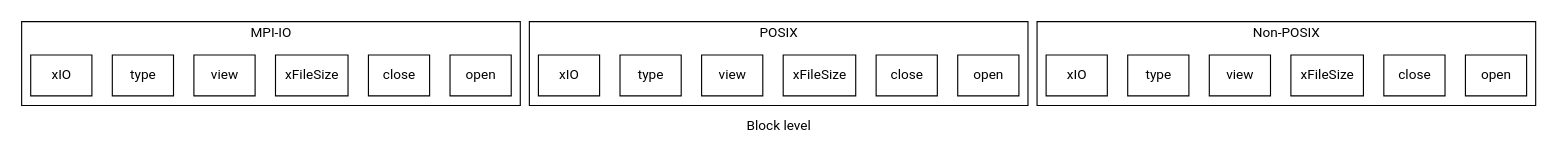
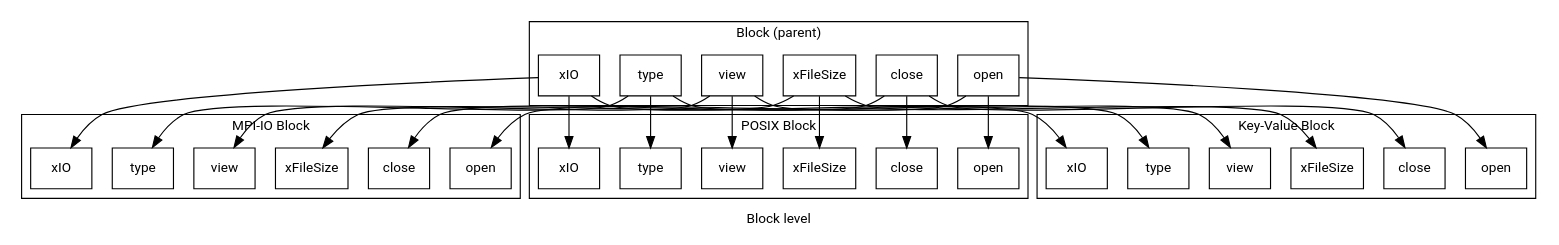
Before and after one commit to ICHEC/ExSeisDat: the diagram in doc/architecture/BlockLayer.dot, drawn with Graphviz. The commit also changed 3 other files, not shown here.

Commit message:
Progress on architecture. Install graphviz and type make to generate the svg schematics

```diff
--- a/doc/architecture/BlockLayer.dot
+++ b/doc/architecture/BlockLayer.dot
@@ -1,47 +1,75 @@
 digraph G
 {
     fontname = "Roboto"
     fontsize = 12
     node
     [
         fontname = "Roboto"
         fontsize = 12
         shape = "record"
     ]
     edge
     [
         fontname = "Roboto"
         fontsize = 12
     ]
     label = "Block level"
     subgraph clusterMPI
     {
-        label = "MPI-IO"
+        label = "MPI-IO Block"
         mopen [ label = "{open}" ]
         mclose [ label = "{close}" ]
         mfs [ label = "{xFileSize}" ]
         mview [ label = "{view}" ]
         mtype [ label = "{type}" ]
         mIO [ label = "{xIO}" ] //Async and regular
     }
     subgraph clusterPOSIX
     {
-        label = "POSIX"
+        label = "POSIX Block"
         posopen [ label = "{open}" ]
         posclose [ label = "{close}" ]
         posfs [ label = "{xFileSize}" ]
         posview [ label = "{view}" ]
         postype [ label = "{type}" ]
         posIO [ label = "{xIO}" ] //Async and regular
     }
     subgraph clusterNONPOS
     {
-        label = "Non-POSIX"
+        label = "Key-Value Block"
         npopen [ label = "{open}" ]
         npclose [ label = "{close}" ]
         npfs [ label = "{xFileSize}" ]
         npview [ label = "{view}" ]
         nptype [ label = "{type}" ]
         npIO [ label = "{xIO}" ] //Async and regular
     }
+    subgraph clusterParent
+    {
+        label = "Block (parent)"
+        open [ label = "{open}" ]
+        close [ label = "{close}" ]
+        fs [ label = "{xFileSize}" ]
+        view [ label = "{view}" ]
+        type [ label = "{type}" ]
+        IO [ label = "{xIO}" ] //Async and regular
+    }
+    open -> mopen
+    open -> posopen
+    open -> npopen
+    close -> mclose
+    close -> posclose
+    close -> npclose
+    fs -> mfs
+    fs -> posfs
+    fs -> npfs
+    view -> mview
+    view -> posview
+    view -> npview
+    type -> mtype
+    type -> postype
+    type -> nptype
+    IO -> mIO
+    IO -> posIO
+    IO -> npIO
 }
```
